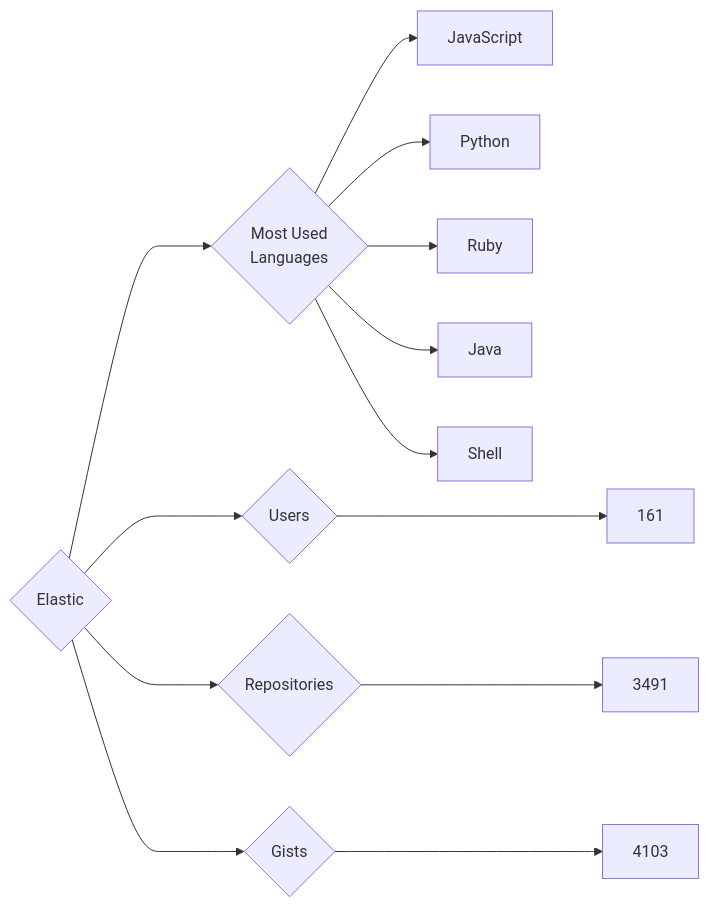
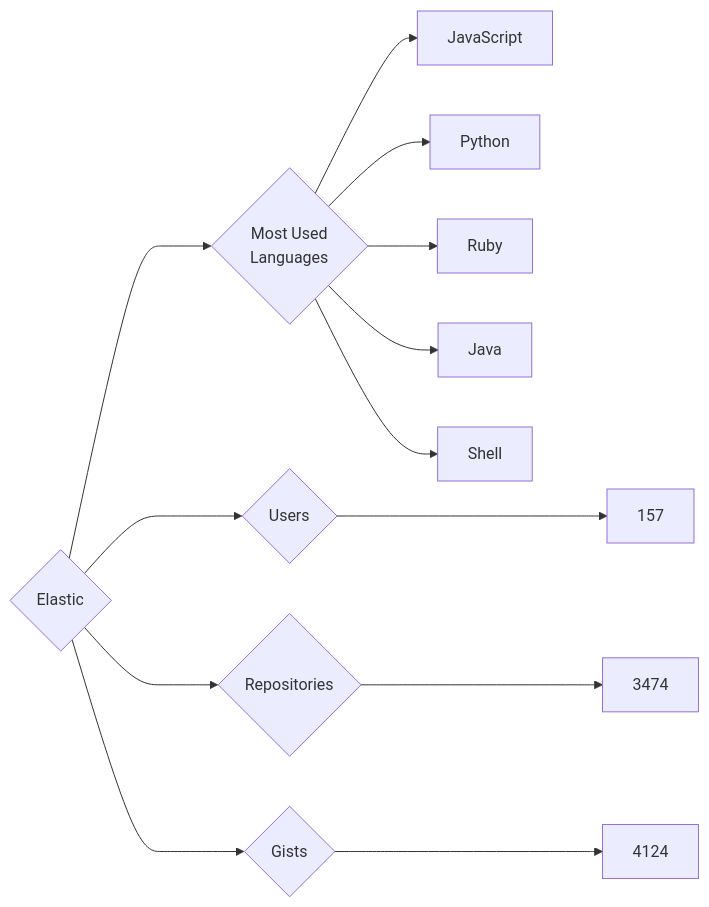
One commit to trickest/insiders changed the diagram in targets/Elastic/README.md. Above: the diagram before and after it, drawn with Mermaid. The commit also changed 721 other files, not shown here.

````diff
--- a/targets/Elastic/README.md
+++ b/targets/Elastic/README.md
@@ -3,13 +3,13 @@
 ```mermaid
 graph LR
 COMPANY_NAME{Elastic}
-COMPANY_NAME ---> U{Users} ---> UN[161]
-COMPANY_NAME ---> R{Repositories} ---> RN[3491]
-COMPANY_NAME ---> G{Gists} ---> GN[4103]
+COMPANY_NAME ---> U{Users} ---> UN[157]
+COMPANY_NAME ---> R{Repositories} ---> RN[3474]
+COMPANY_NAME ---> G{Gists} ---> GN[4124]
 COMPANY_NAME ---> ML{Most Used<br>Languages}
 ML --> JavaScript[JavaScript]
 ML --> Python[Python]
 ML --> Ruby[Ruby]
 ML --> Java[Java]
 ML --> Shell[Shell]
 ```
````
